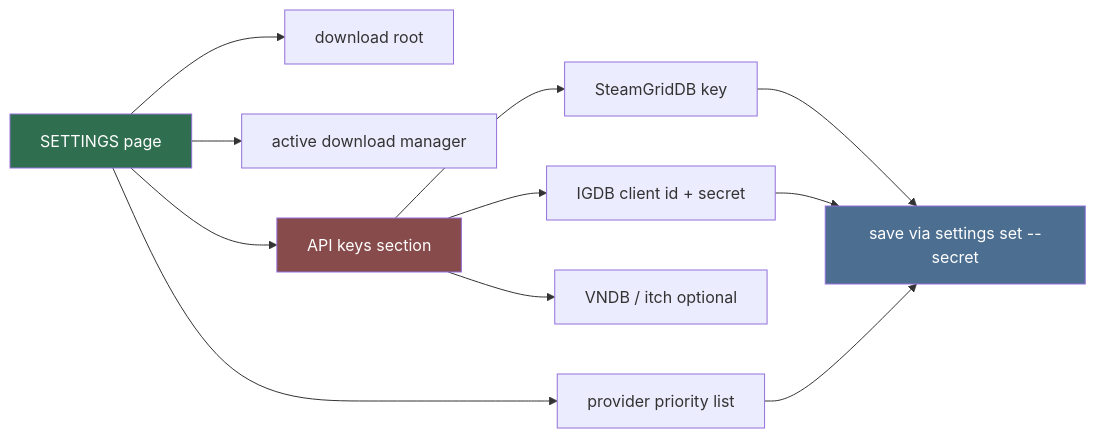
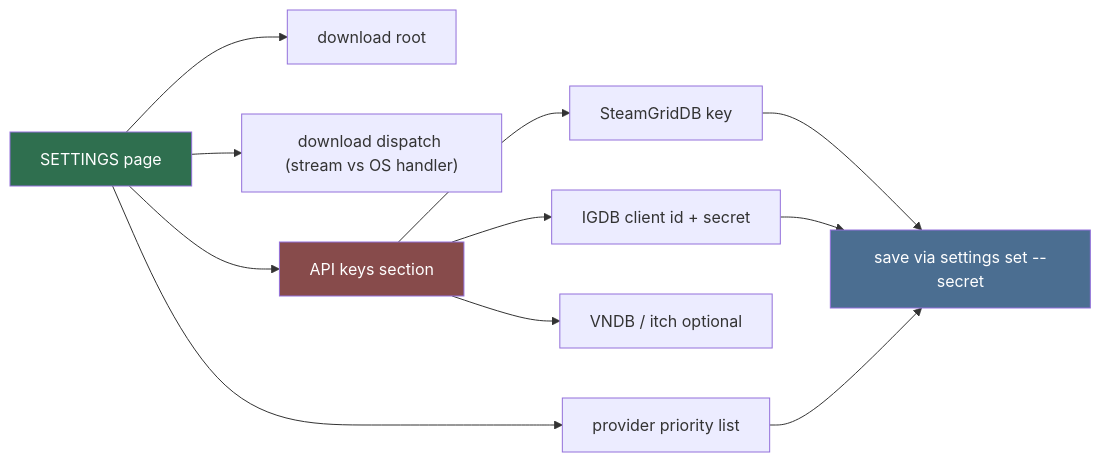
One commit to HELIX-Origin/LewdZone-Launcher changed the fourth of 4 diagrams in .agents/agents/gui/view-designer/view-designer.md. Above: the diagram before and after it, drawn with Mermaid. The commit also changed other lines of this file and 45 other files, not shown here.

````diff
--- a/.agents/agents/gui/view-designer/view-designer.md
+++ b/.agents/agents/gui/view-designer/view-designer.md
@@ -162,17 +162,17 @@
 ```mermaid
 flowchart LR
     SET[SETTINGS page] --> DR[download root]
-    SET --> DM[active download manager]
+    SET --> DD["download dispatch (stream vs OS handler)"]
     SET --> CK["API keys section"]
     CK --> K1[SteamGridDB key]
     CK --> K2[IGDB client id + secret]
     CK --> K3["VNDB / itch optional"]
     SET --> PRI["provider priority list"]
     K1 --> SV["save via settings set --secret"]
     K2 --> SV
     PRI --> SV
 
     style SET fill:#2f6f4f,color:#fff
     style CK fill:#874b4b,color:#fff
     style SV fill:#4b6e91,color:#fff
 ```
````
